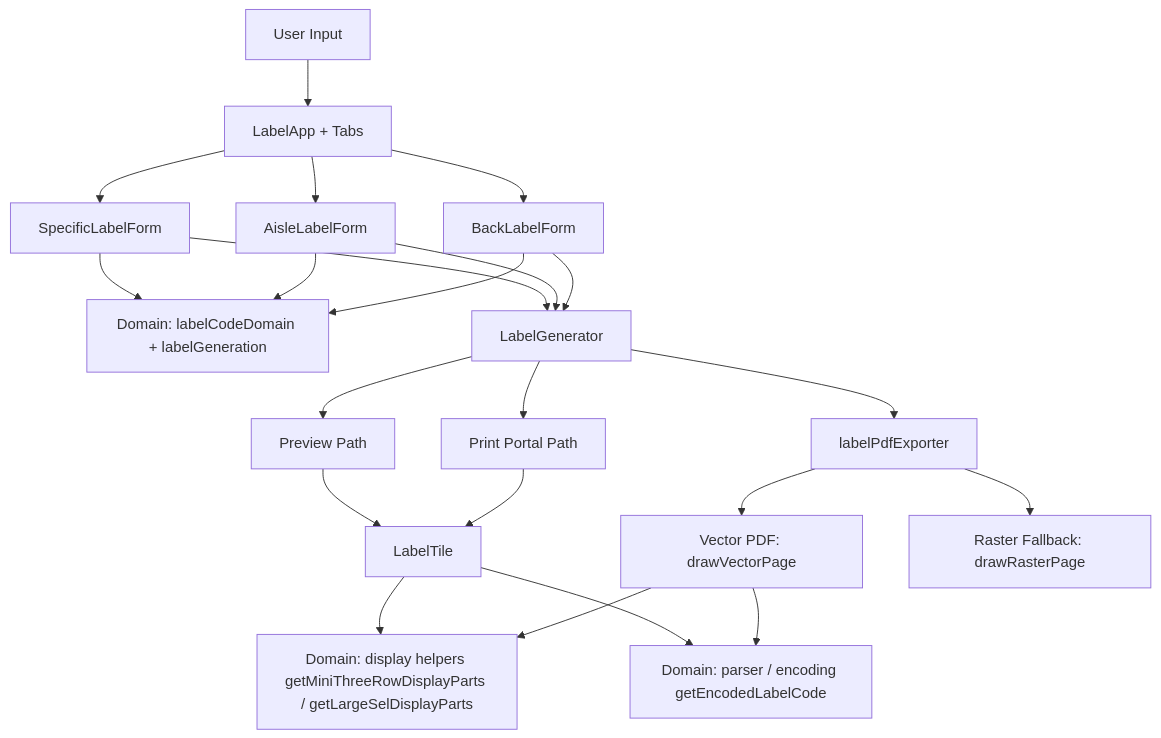
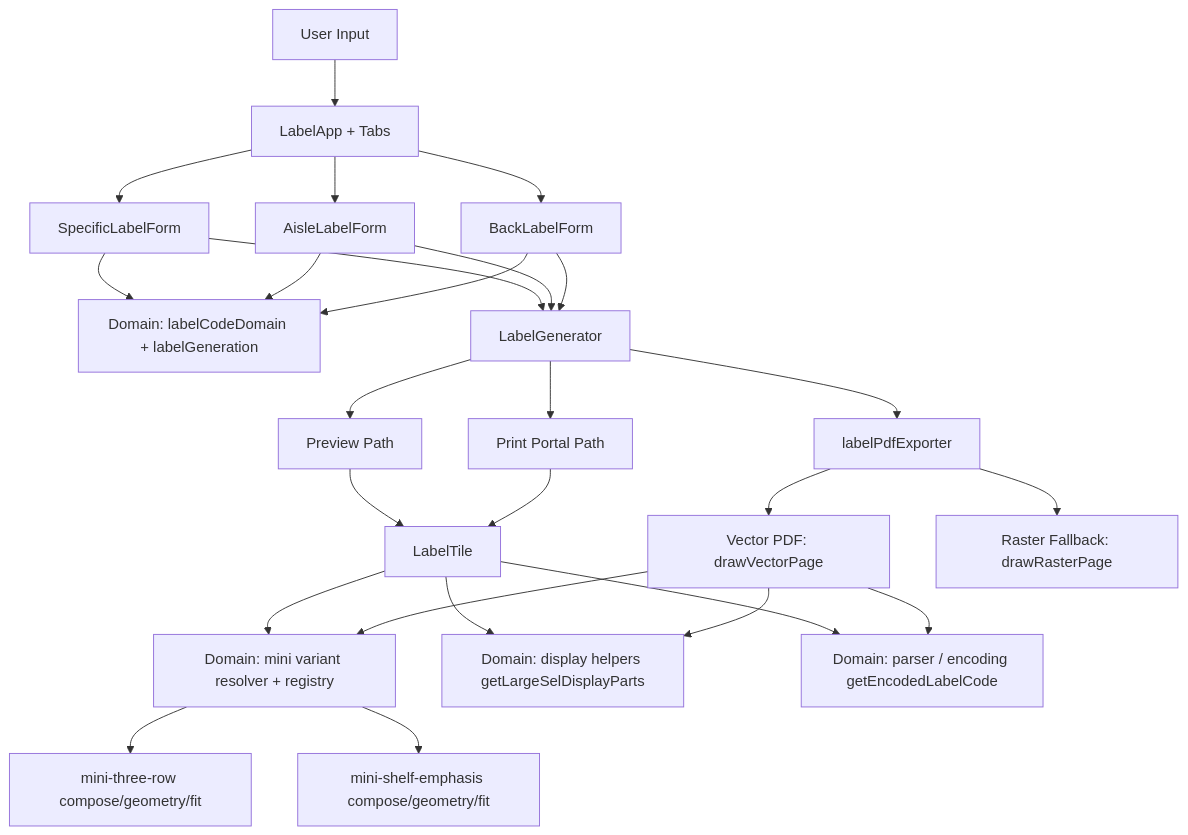
One commit to TonyGorman/sel-generator changed the diagram in README.md. Above: the diagram before and after it, drawn with Mermaid. The commit also changed other lines of this file and 20 other files, not shown here.

Commit message:
Added in a second variant of mini-sel

````diff
--- a/README.md
+++ b/README.md
@@ -59,29 +68,33 @@
 ```mermaid
 flowchart TD
   U[User Input] --> A[LabelApp + Tabs]
   A --> SF[SpecificLabelForm]
   A --> AF[AisleLabelForm]
   A --> BF[BackLabelForm]
 
   SF --> DG[Domain: labelCodeDomain + labelGeneration]
   AF --> DG
   BF --> DG
 
   SF --> LG[LabelGenerator]
   AF --> LG
   BF --> LG
 
   LG --> PL[Preview Path]
   LG --> PR[Print Portal Path]
   LG --> EX[labelPdfExporter]
 
   PL --> LT[LabelTile]
   PR --> LT
-  LT --> DH[Domain: display helpers getMiniThreeRowDisplayParts / getLargeSelDisplayParts]
+   LT --> MV[Domain: mini variant resolver + registry]
+   MV --> M3[mini-three-row compose/geometry/fit]
+   MV --> MS[mini-shelf-emphasis compose/geometry/fit]
+   LT --> DH[Domain: display helpers getLargeSelDisplayParts]
   LT --> D2[Domain: parser / encoding getEncodedLabelCode]
 
   EX --> VP[Vector PDF: drawVectorPage]
   EX --> RF[Raster Fallback: drawRasterPage]
-  VP --> DH
+   VP --> MV
+   VP --> DH
   VP --> D2
 ```
````
